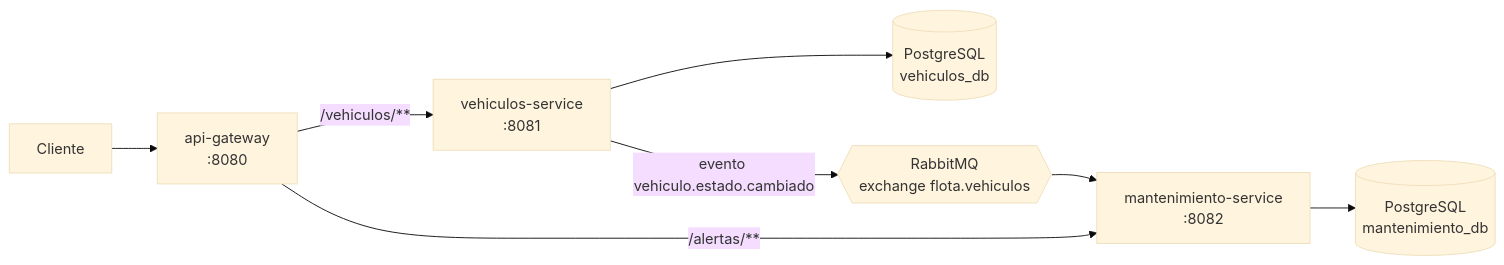
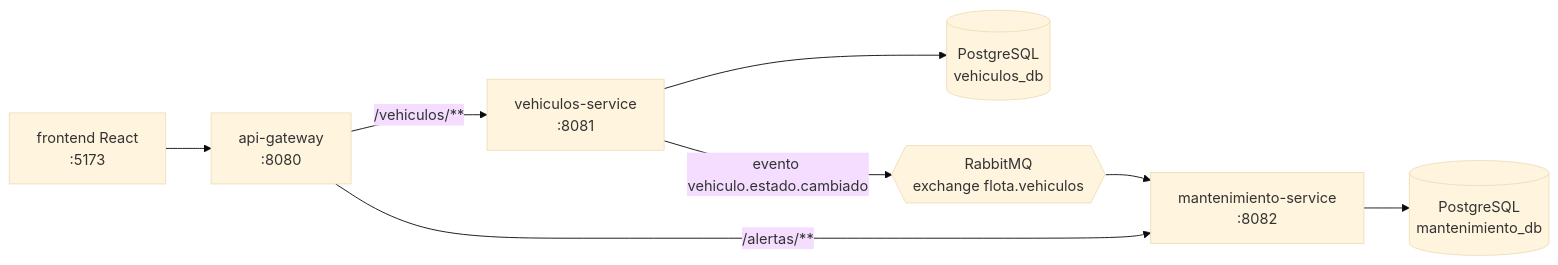
Before and after one commit to luciaduarte12/gestion-flotas-microservicios: the diagram in README.md, drawn with Mermaid (base theme). The commit also changed other lines of this file and 1 other file, not shown here.

Commit message:
Actualiza README con frontend, regla de alertas, limitaciones y roadmap

````diff
--- a/README.md
+++ b/README.md
@@ -13,10 +13,10 @@
 ```mermaid
 flowchart LR
-    C[Cliente] --> GW[api-gateway<br/>:8080]
+    F[frontend React<br/>:5173] --> GW[api-gateway<br/>:8080]
     GW -- "/vehiculos/**" --> V[vehiculos-service<br/>:8081]
     GW -- "/alertas/**" --> M[mantenimiento-service<br/>:8082]
     V --> DBV[(PostgreSQL<br/>vehiculos_db)]
     V -- "evento vehiculo.estado.cambiado" --> MQ{{RabbitMQ<br/>exchange flota.vehiculos}}
     MQ --> M
     M --> DBM[(PostgreSQL<br/>mantenimiento_db)]
 ```
````
